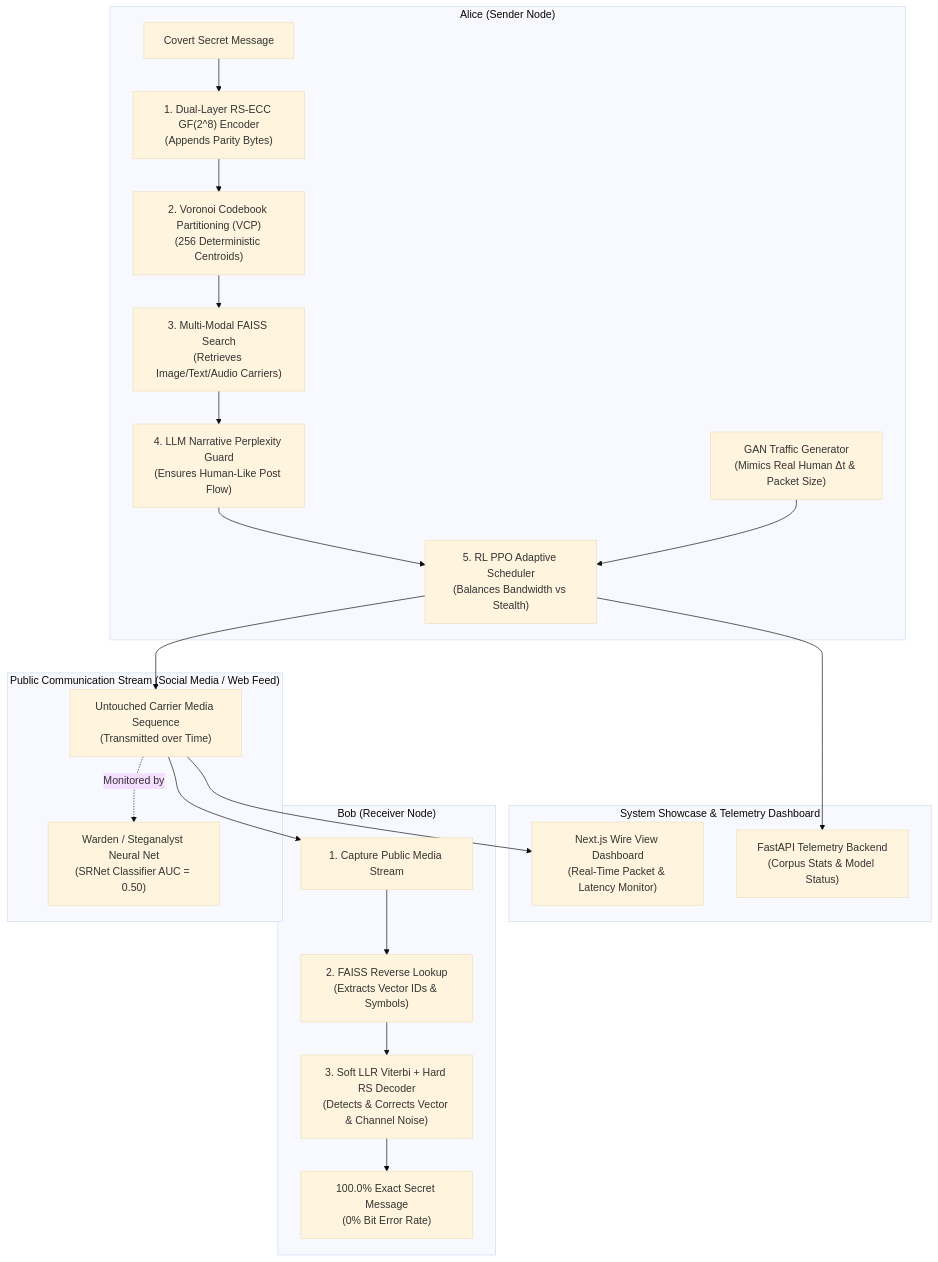
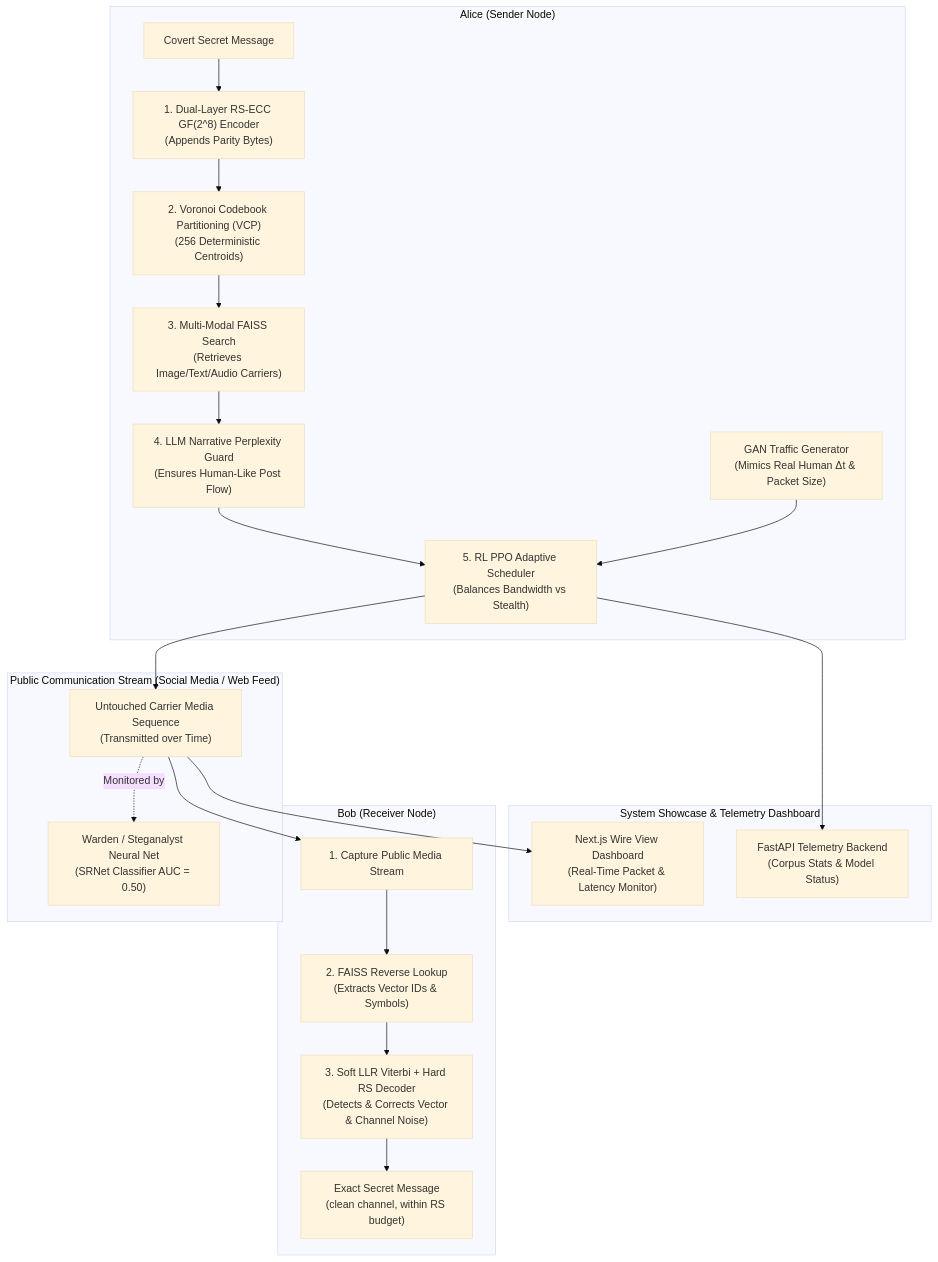
The diagram in docs/research/FULL_SYSTEM_ARCHITECTURE_AND_INTEGRATION.md (jeevan4476/DCASS), drawn with Mermaid (base theme) before and after one commit. The commit also changed other lines of this file and 271 other files, not shown here.

````diff
--- a/docs/research/FULL_SYSTEM_ARCHITECTURE_AND_INTEGRATION.md
+++ b/docs/research/FULL_SYSTEM_ARCHITECTURE_AND_INTEGRATION.md
@@ -8,30 +8,30 @@
 ```mermaid
 flowchart TD
     subgraph Sender_Side["Alice (Sender Node)"]
         MSG["Covert Secret Message"] --> RS["1. Dual-Layer RS-ECC GF(2^8) Encoder\n(Appends Parity Bytes)"]
         RS --> VCP["2. Voronoi Codebook Partitioning (VCP)\n(256 Deterministic Centroids)"]
         VCP --> FAISS["3. Multi-Modal FAISS Search\n(Retrieves Image/Text/Audio Carriers)"]
         FAISS --> LLM["4. LLM Narrative Perplexity Guard\n(Ensures Human-Like Post Flow)"]
         
         GAN["GAN Traffic Generator\n(Mimics Real Human Δt & Packet Size)"] --> RL["5. RL PPO Adaptive Scheduler\n(Balances Bandwidth vs Stealth)"]
         LLM --> RL
     end
 
     subgraph Channel["Public Communication Stream (Social Media / Web Feed)"]
         RL --> STREAM["Untouched Carrier Media Sequence\n(Transmitted over Time)"]
         WAD["Warden / Steganalyst Neural Net\n(SRNet Classifier AUC = 0.50)"]
         STREAM -. Monitored by .-> WAD
     end
 
     subgraph Receiver_Side["Bob (Receiver Node)"]
         STREAM --> RECV["1. Capture Public Media Stream"]
         RECV --> REV_FAISS["2. FAISS Reverse Lookup\n(Extracts Vector IDs & Symbols)"]
         REV_FAISS --> SOFT_DEC["3. Soft LLR Viterbi + Hard RS Decoder\n(Detects & Corrects Vector & Channel Noise)"]
-        SOFT_DEC --> OUT["100.0% Exact Secret Message\n(0% Bit Error Rate)"]
+        SOFT_DEC --> OUT["Exact Secret Message\n(clean channel, within RS budget)"]
     end
 
     subgraph UI_System["System Showcase & Telemetry Dashboard"]
         STREAM --> WIRE["Next.js Wire View Dashboard\n(Real-Time Packet & Latency Monitor)"]
         RL --> STATS["FastAPI Telemetry Backend\n(Corpus Stats & Model Status)"]
     end
 ```
````
